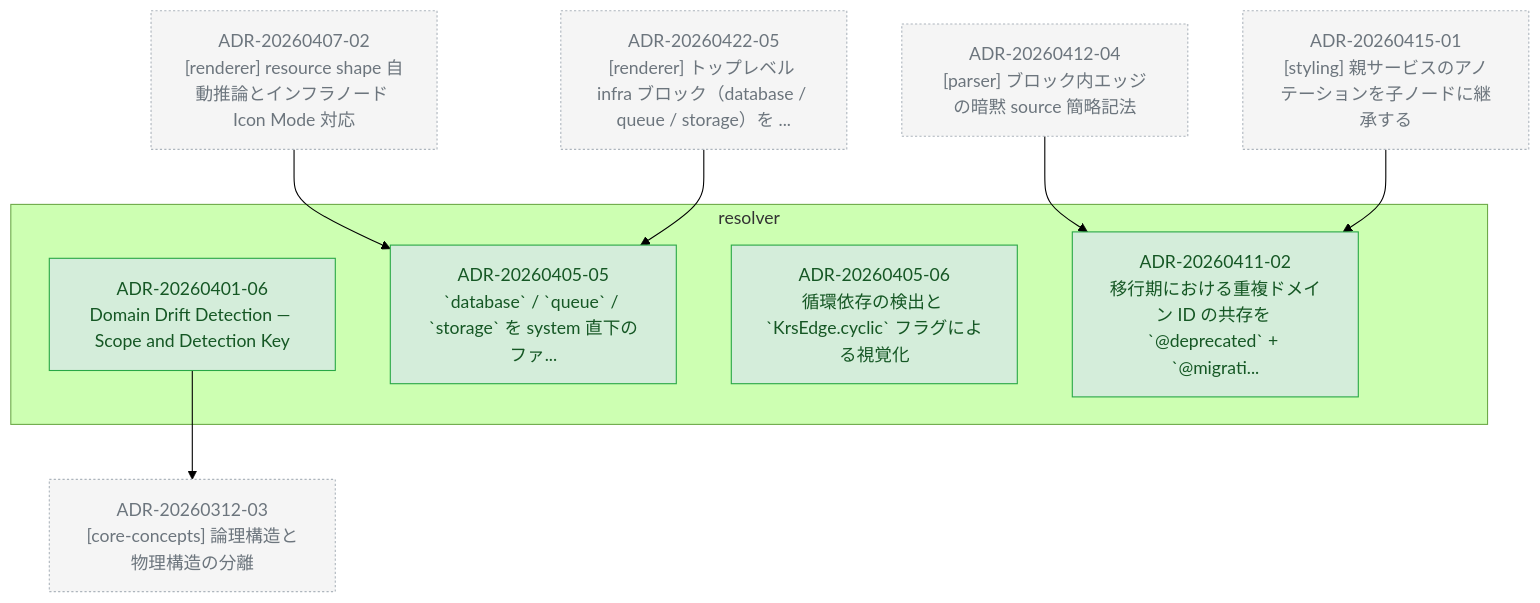
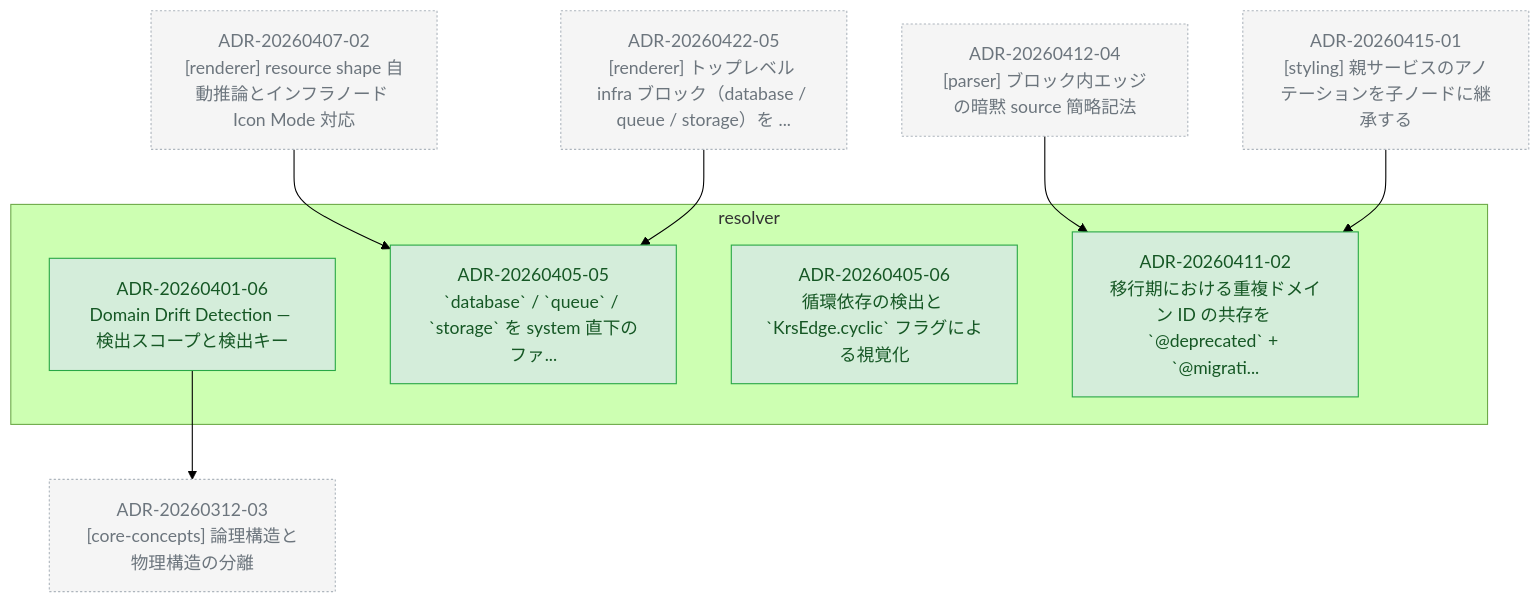
The diagram in docs/adr/graph/resolver.md (kompiro/karasu), drawn with Mermaid (forest theme) before and after one commit. The commit also changed 35 other files, not shown here.

````diff
--- a/docs/adr/graph/resolver.md
+++ b/docs/adr/graph/resolver.md
@@ -6,35 +6,35 @@
 ```mermaid
 flowchart TD
   subgraph resolver["resolver"]
-    ADR_20260401_06["ADR-20260401-06<br/>Domain Drift Detection — Scope and Detection Key"]
+    ADR_20260401_06["ADR-20260401-06<br/>Domain Drift Detection — 検出スコープと検出キー"]
     ADR_20260405_05["ADR-20260405-05<br/>`database` / `queue` / `storage` を system 直下のファ..."]
     ADR_20260405_06["ADR-20260405-06<br/>循環依存の検出と `KrsEdge.cyclic` フラグによる視覚化"]
     ADR_20260411_02["ADR-20260411-02<br/>移行期における重複ドメイン ID の共存を `@deprecated` + `@migrati..."]
   end
   ADR_20260312_03["ADR-20260312-03<br/>[core-concepts] 論理構造と物理構造の分離"]
   ADR_20260407_02["ADR-20260407-02<br/>[renderer] resource shape 自動推論とインフラノード Icon Mode 対応"]
   ADR_20260412_04["ADR-20260412-04<br/>[parser] ブロック内エッジの暗黙 source 簡略記法"]
   ADR_20260415_01["ADR-20260415-01<br/>[styling] 親サービスのアノテーションを子ノードに継承する"]
   ADR_20260422_05["ADR-20260422-05<br/>[renderer] トップレベル infra ブロック（database / queue / storage）を ..."]
   ADR_20260401_06 --> ADR_20260312_03
   ADR_20260407_02 --> ADR_20260405_05
   ADR_20260412_04 --> ADR_20260411_02
   ADR_20260415_01 --> ADR_20260411_02
   ADR_20260422_05 --> ADR_20260405_05
 
   classDef accepted fill:#d4edda,stroke:#28a745,color:#155724
   classDef proposed fill:#fff3cd,stroke:#ffc107,color:#856404
   classDef deprecated fill:#f8d7da,stroke:#dc3545,color:#721c24
   classDef superseded fill:#e2e3e5,stroke:#6c757d,color:#383d41
   classDef not_adopted fill:#e2e3e5,stroke:#6c757d,color:#383d41,stroke-dasharray:3 3
   classDef ghost fill:#f5f5f5,stroke:#adb5bd,color:#6c757d,stroke-dasharray:2 2
   class ADR_20260401_06 accepted
   class ADR_20260405_05 accepted
   class ADR_20260405_06 accepted
   class ADR_20260411_02 accepted
   class ADR_20260312_03 ghost
   class ADR_20260407_02 ghost
   class ADR_20260412_04 ghost
   class ADR_20260415_01 ghost
   class ADR_20260422_05 ghost
 ```
````
